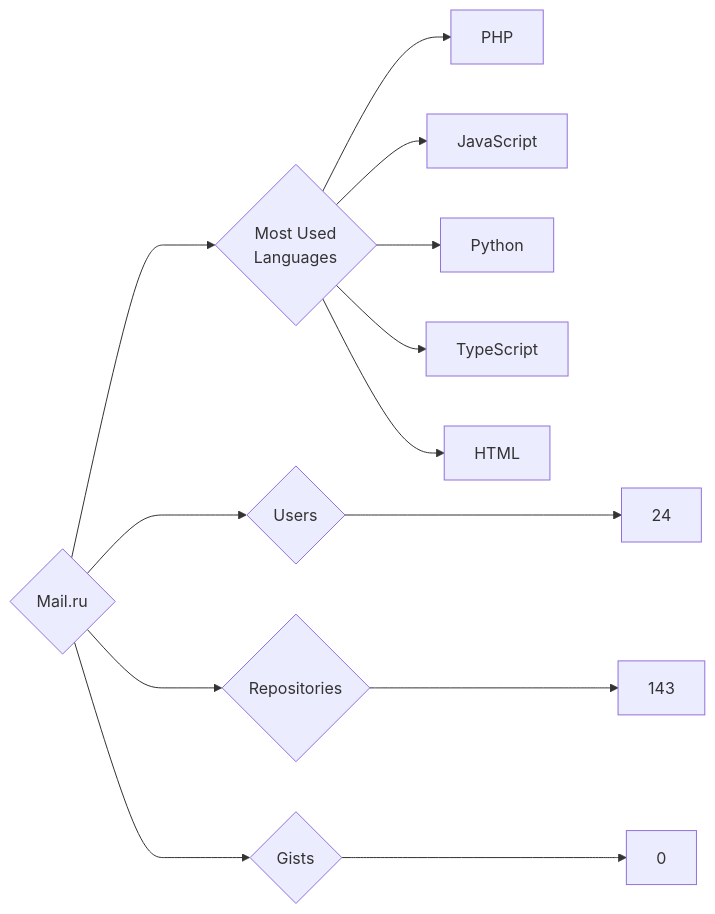
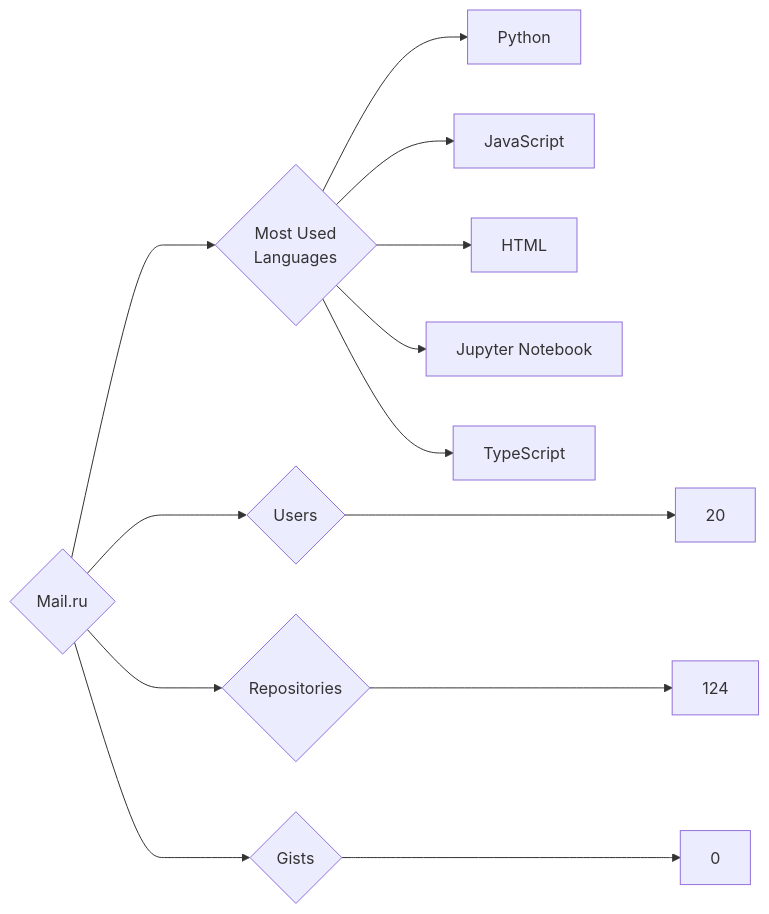
One commit to trickest/insiders changed the diagram in targets/Mail.ru/README.md. Above: the diagram before and after it, drawn with Mermaid. The commit also changed 1084 other files, not shown here.

````diff
--- a/targets/Mail.ru/README.md
+++ b/targets/Mail.ru/README.md
@@ -3,13 +3,13 @@
 ```mermaid
 graph LR
 COMPANY_NAME{Mail.ru}
-COMPANY_NAME ---> U{Users} ---> UN[24]
-COMPANY_NAME ---> R{Repositories} ---> RN[143]
+COMPANY_NAME ---> U{Users} ---> UN[20]
+COMPANY_NAME ---> R{Repositories} ---> RN[124]
 COMPANY_NAME ---> G{Gists} ---> GN[0]
 COMPANY_NAME ---> ML{Most Used<br>Languages}
-ML --> PHP[PHP]
+ML --> Python[Python]
 ML --> JavaScript[JavaScript]
-ML --> Python[Python]
+ML --> HTML[HTML]
+ML --> Jupyter_Notebook[Jupyter Notebook]
 ML --> TypeScript[TypeScript]
-ML --> HTML[HTML]
 ```
````
